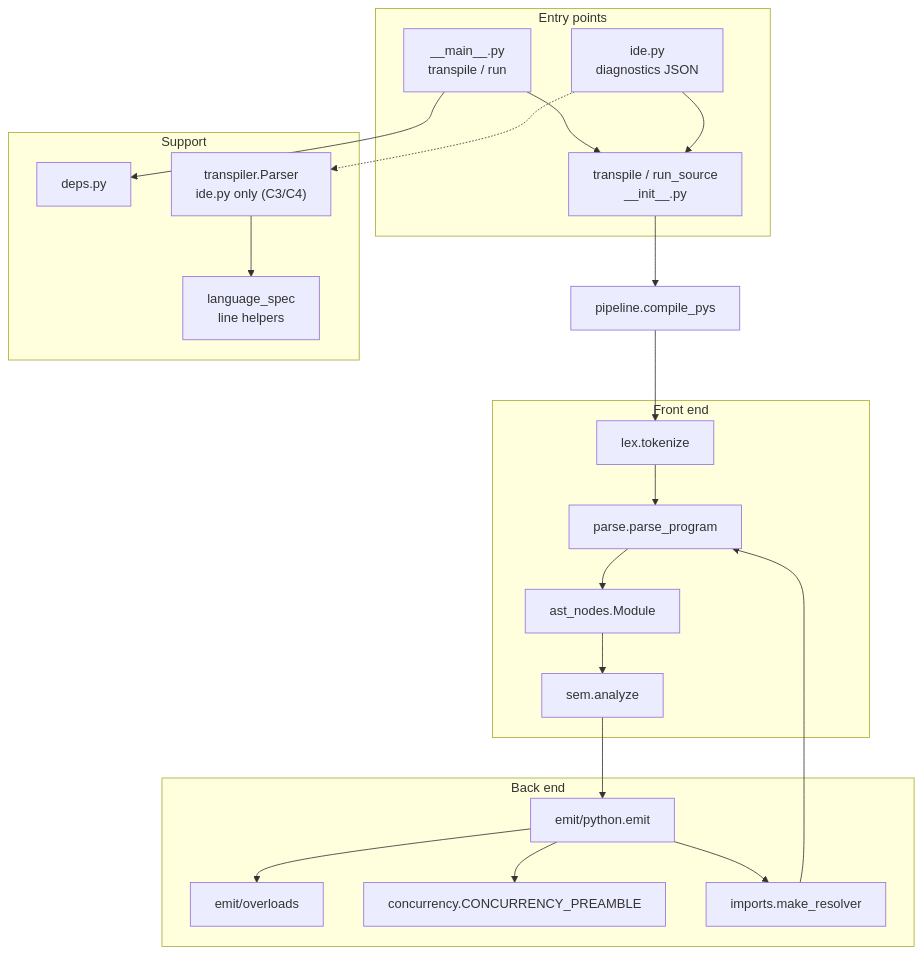
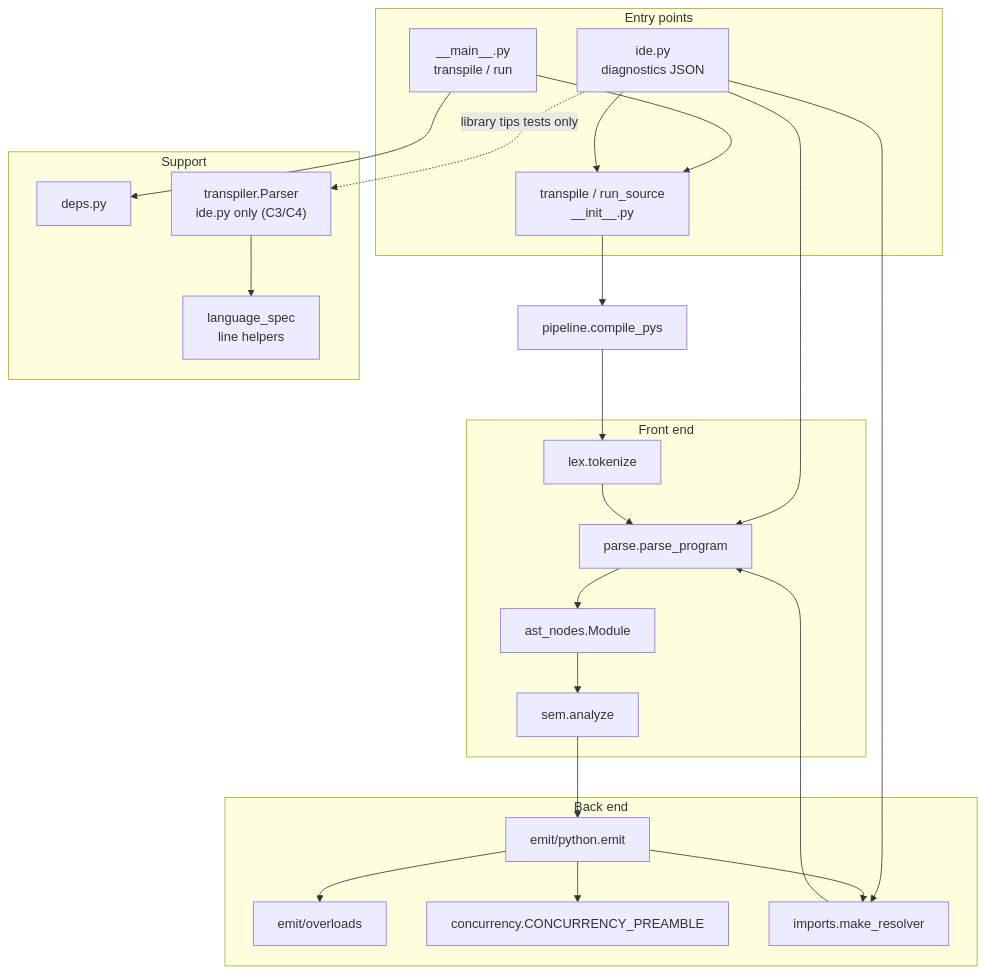
One commit to remideboer/pys changed the second of 7 diagrams in docs/ARCHITECTURE.md. Above: the diagram before and after it, drawn with Mermaid. The commit also changed 5 other files, not shown here.

````diff
--- a/docs/ARCHITECTURE.md
+++ b/docs/ARCHITECTURE.md
@@ -47,40 +47,42 @@
 ```mermaid
 flowchart TB
   subgraph entry [Entry points]
     Main["__main__.py<br/>transpile / run"]
     Public["transpile / run_source<br/>__init__.py"]
     Ide["ide.py<br/>diagnostics JSON"]
   end
 
   subgraph front [Front end]
     Lex["lex.tokenize"]
     Parse["parse.parse_program"]
     AST["ast_nodes.Module"]
     Sem["sem.analyze"]
   end
 
   subgraph back [Back end]
     Emit["emit/python.emit"]
     Over["emit/overloads"]
     Conc["concurrency.CONCURRENCY_PREAMBLE"]
     Imp["imports.make_resolver"]
   end
 
   subgraph support [Support]
     Deps["deps.py"]
     IdeLegacy["transpiler.Parser<br/>ide.py only (C3/C4)"]
     Spec["language_spec<br/>line helpers"]
   end
 
   Main --> Public
   Main --> Deps
   Ide --> Public
-  Ide -.-> IdeLegacy
+  Ide --> Imp
+  Ide --> Parse
+  Ide -.->|library tips tests only| IdeLegacy
   Public --> Pipe["pipeline.compile_pys"]
   Pipe --> Lex --> Parse --> AST --> Sem --> Emit
   Emit --> Over
   Emit --> Conc
   Emit --> Imp
   Imp --> Parse
   IdeLegacy --> Spec
 ```
````
